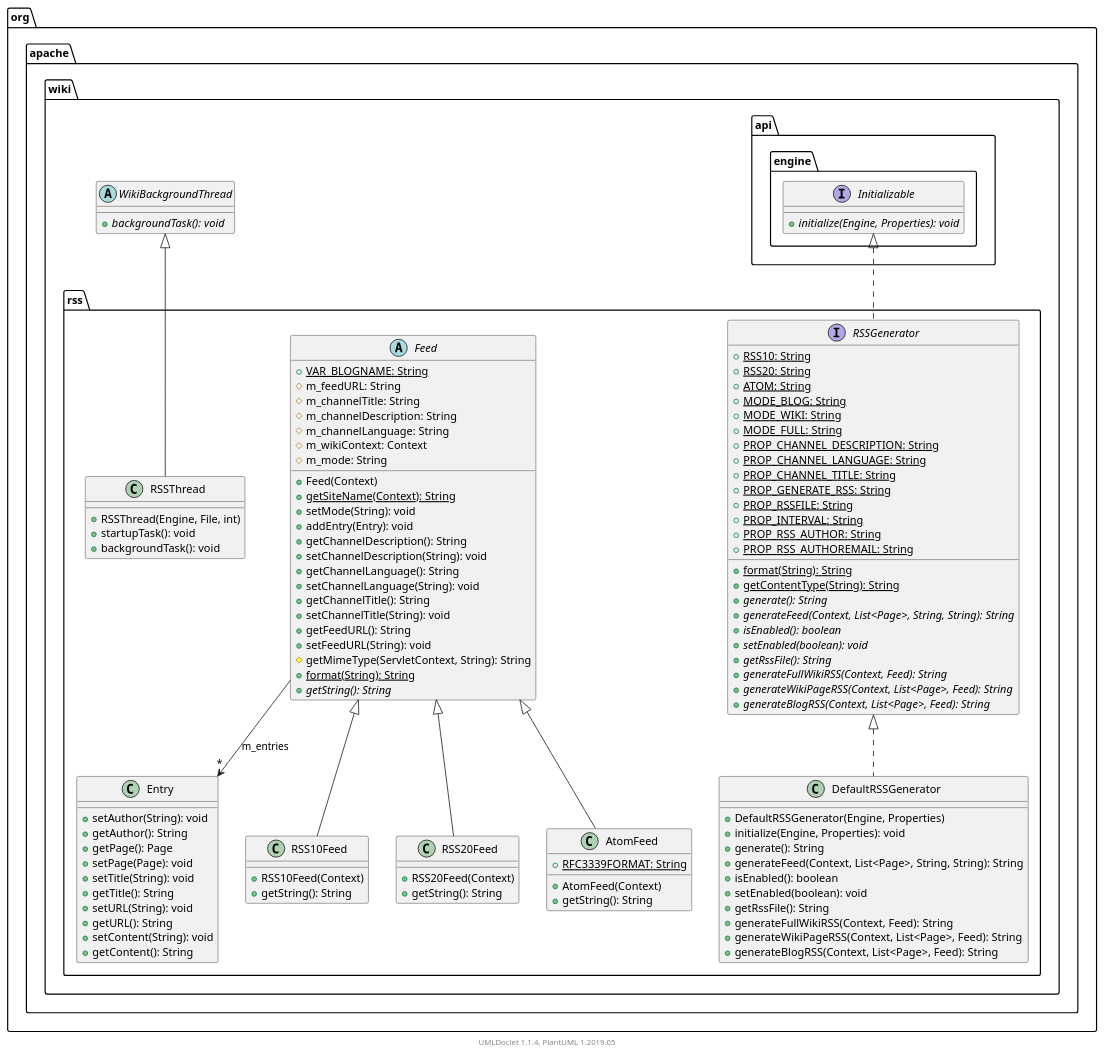
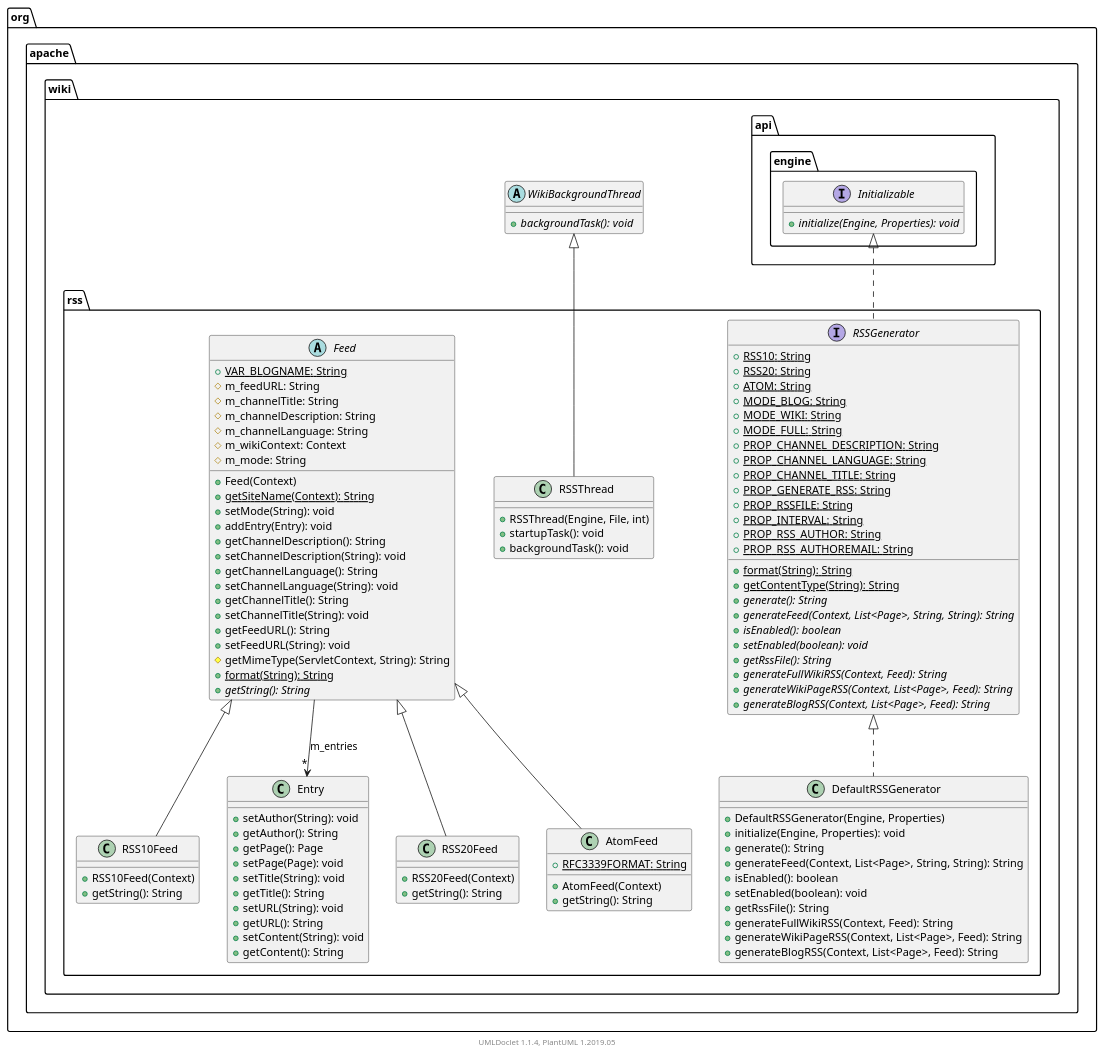
One commit to apache/jspwiki-site changed the diagram in apidocs/2.11.0.M7-SNAPSHOT/org/apache/wiki/rss/package.puml. Above: the diagram before and after it, drawn with PlantUML. The commit also changed other lines of this file and 1804 other files, not shown here.

```diff
--- a/apidocs/2.11.0.M7-SNAPSHOT/org/apache/wiki/rss/package.puml
+++ b/apidocs/2.11.0.M7-SNAPSHOT/org/apache/wiki/rss/package.puml
@@ -1,129 +1,129 @@
 @startuml
 
     namespace org.apache.wiki.rss {
+
+        class RSSThread [[RSSThread.html]] {
+            +RSSThread(Engine, File, int)
+            +startupTask(): void
+            +backgroundTask(): void
+        }
 
         interface RSSGenerator [[RSSGenerator.html]] {
             {static} +RSS10: String
             {static} +RSS20: String
             {static} +ATOM: String
             {static} +MODE_BLOG: String
             {static} +MODE_WIKI: String
             {static} +MODE_FULL: String
             {static} +PROP_CHANNEL_DESCRIPTION: String
             {static} +PROP_CHANNEL_LANGUAGE: String
             {static} +PROP_CHANNEL_TITLE: String
             {static} +PROP_GENERATE_RSS: String
             {static} +PROP_RSSFILE: String
             {static} +PROP_INTERVAL: String
             {static} +PROP_RSS_AUTHOR: String
             {static} +PROP_RSS_AUTHOREMAIL: String
             {static} +format(String): String
             {static} +getContentType(String): String
             {abstract} +generate(): String
             {abstract} +generateFeed(Context, List<Page>, String, String): String
             {abstract} +isEnabled(): boolean
             {abstract} +setEnabled(boolean): void
             {abstract} +getRssFile(): String
             {abstract} +generateFullWikiRSS(Context, Feed): String
             {abstract} +generateWikiPageRSS(Context, List<Page>, Feed): String
             {abstract} +generateBlogRSS(Context, List<Page>, Feed): String
         }
 
+        class DefaultRSSGenerator [[DefaultRSSGenerator.html]] {
+            +DefaultRSSGenerator(Engine, Properties)
+            +initialize(Engine, Properties): void
+            +generate(): String
+            +generateFeed(Context, List<Page>, String, String): String
+            +isEnabled(): boolean
+            +setEnabled(boolean): void
+            +getRssFile(): String
+            +generateFullWikiRSS(Context, Feed): String
+            +generateWikiPageRSS(Context, List<Page>, Feed): String
+            +generateBlogRSS(Context, List<Page>, Feed): String
+        }
+
+        class AtomFeed [[AtomFeed.html]] {
+            {static} +RFC3339FORMAT: String
+            +AtomFeed(Context)
+            +getString(): String
+        }
+
         abstract class Feed [[Feed.html]] {
             {static} +VAR_BLOGNAME: String
             #m_feedURL: String
             #m_channelTitle: String
             #m_channelDescription: String
             #m_channelLanguage: String
             #m_wikiContext: Context
             #m_mode: String
             +Feed(Context)
             {static} +getSiteName(Context): String
             +setMode(String): void
             +addEntry(Entry): void
             +getChannelDescription(): String
             +setChannelDescription(String): void
             +getChannelLanguage(): String
             +setChannelLanguage(String): void
             +getChannelTitle(): String
             +setChannelTitle(String): void
             +getFeedURL(): String
             +setFeedURL(String): void
             #getMimeType(ServletContext, String): String
             {static} +format(String): String
             {abstract} +getString(): String
         }
 
+        class RSS10Feed [[RSS10Feed.html]] {
+            +RSS10Feed(Context)
+            +getString(): String
+        }
+
         class Entry [[Entry.html]] {
             +setAuthor(String): void
             +getAuthor(): String
             +getPage(): Page
             +setPage(Page): void
             +setTitle(String): void
             +getTitle(): String
             +setURL(String): void
             +getURL(): String
             +setContent(String): void
             +getContent(): String
         }
 
-        class RSSThread [[RSSThread.html]] {
-            +RSSThread(Engine, File, int)
-            +startupTask(): void
-            +backgroundTask(): void
-        }
-
-        class RSS10Feed [[RSS10Feed.html]] {
-            +RSS10Feed(Context)
-            +getString(): String
-        }
-
         class RSS20Feed [[RSS20Feed.html]] {
             +RSS20Feed(Context)
             +getString(): String
         }
 
-        class AtomFeed [[AtomFeed.html]] {
-            {static} +RFC3339FORMAT: String
-            +AtomFeed(Context)
-            +getString(): String
+        abstract class org.apache.wiki.WikiBackgroundThread {
+            {abstract} +backgroundTask(): void
         }
-
-        class DefaultRSSGenerator [[DefaultRSSGenerator.html]] {
-            +DefaultRSSGenerator(Engine, Properties)
-            +initialize(Engine, Properties): void
-            +generate(): String
-            +generateFeed(Context, List<Page>, String, String): String
-            +isEnabled(): boolean
-            +setEnabled(boolean): void
-            +getRssFile(): String
-            +generateFullWikiRSS(Context, Feed): String
-            +generateWikiPageRSS(Context, List<Page>, Feed): String
-            +generateBlogRSS(Context, List<Page>, Feed): String
-        }
+        org.apache.wiki.WikiBackgroundThread <|-- RSSThread
 
         interface org.apache.wiki.api.engine.Initializable {
             {abstract} +initialize(Engine, Properties): void
         }
         org.apache.wiki.api.engine.Initializable <|.. RSSGenerator
 
-        abstract class org.apache.wiki.WikiBackgroundThread {
-            {abstract} +backgroundTask(): void
-        }
-        org.apache.wiki.WikiBackgroundThread <|-- RSSThread
+        RSSGenerator <|.. DefaultRSSGenerator
+
+        Feed <|-- AtomFeed
 
         Feed <|-- RSS10Feed
 
         Feed <|-- RSS20Feed
-
-        Feed <|-- AtomFeed
-
-        RSSGenerator <|.. DefaultRSSGenerator
 
         Feed --> "*" Entry: m_entries
 
     }
 
 
     center footer UMLDoclet 1.1.4, PlantUML 1.2019.05
 @enduml
```
